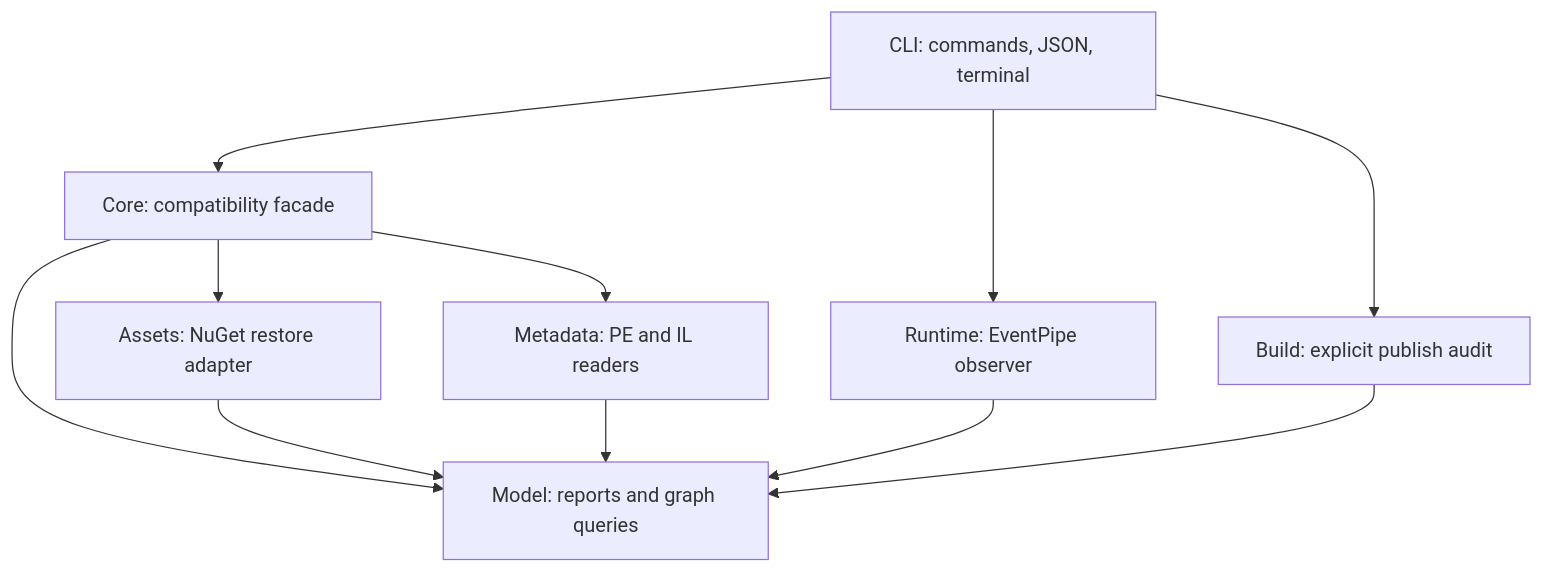
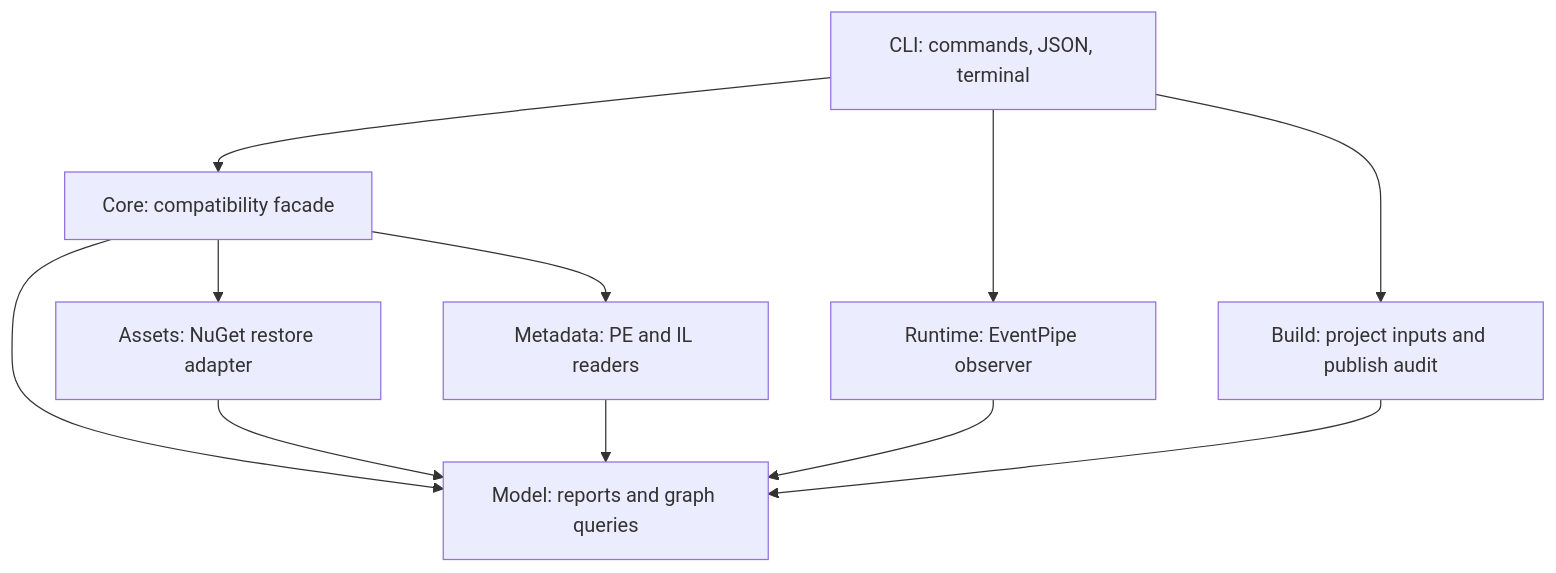
One commit to ANcpLua/RefTrace changed the diagram in ARCHITECTURE.md. Above: the diagram before and after it, drawn with Mermaid. The commit also changed other lines of this file and 39 other files, not shown here.

Commit message:
Simplify project inputs and ship package review

````diff
--- a/ARCHITECTURE.md
+++ b/ARCHITECTURE.md
@@ -8,13 +8,13 @@
 ```mermaid
 flowchart TD
     CLI[CLI: commands, JSON, terminal] --> Core[Core: compatibility facade]
     Core --> Assets[Assets: NuGet restore adapter]
     Core --> Metadata[Metadata: PE and IL readers]
     Core --> Model[Model: reports and graph queries]
     Assets --> Model
     Metadata --> Model
     CLI --> Runtime[Runtime: EventPipe observer]
     Runtime --> Model
-    CLI --> Build[Build: explicit publish audit]
+    CLI --> Build[Build: project inputs and publish audit]
     Build --> Model
 ```
````
